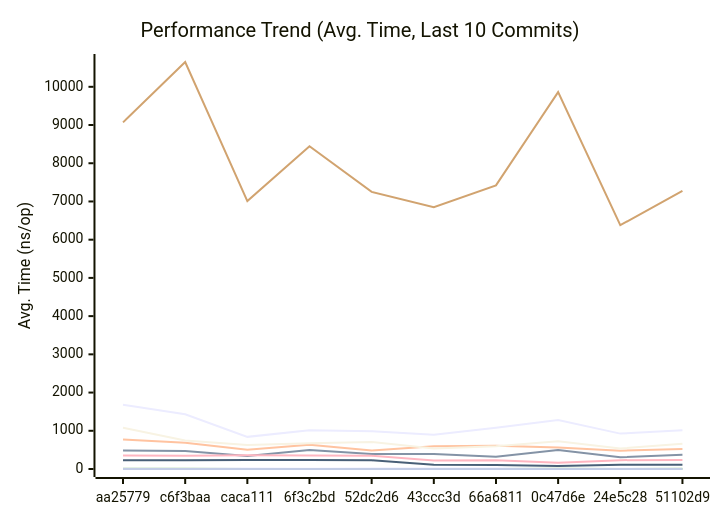
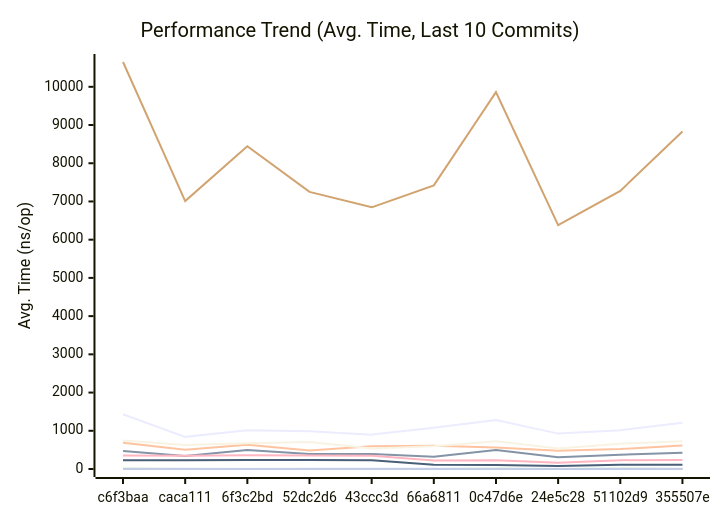
One commit to alsotoes/momo changed the first of 3 diagrams in docs/PERFORMANCE.md. Above: the diagram before and after it, drawn with Mermaid. The commit also changed other lines of this file and 3 other files, not shown here.

````diff
--- a/docs/PERFORMANCE.md
+++ b/docs/PERFORMANCE.md
@@ -128,18 +128,18 @@
 ```mermaid
 xychart-beta
     title "Performance Trend (Avg. Time, Last 10 Commits)"
     x-axis "Commit"
     y-axis "Avg. Time (ns/op)"
-    x-axis [aa25779,c6f3baa,caca111,6f3c2bd,52dc2d6,43ccc3d,66a6811,0c47d6e,24e5c28,51102d9]
-    line "CheckMetricsAndSwap" [17,12,10,9,10,11,13,13,9,12]
-    line "CrushOptimized" [481,472,342,495,390,390,319,494,306,375]
-    line "CrushOriginal" [771,688,503,637,485,595,606,560,480,523]
-    line "IndexDirectTracking" [0,1,0,0,0,0,0,1,0,0]
-    line "IndexSearch" [4,4,3,3,3,3,3,4,3,4]
-    line "LoadGlobalConfig" [9070,10649,7011,8444,7250,6847,7422,9861,6379,7276]
-    line "PadString" [3,3,2,3,3,3,3,3,3,2]
+    x-axis [c6f3baa,caca111,6f3c2bd,52dc2d6,43ccc3d,66a6811,0c47d6e,24e5c28,51102d9,355507e]
+    line "CheckMetricsAndSwap" [12,10,9,10,11,13,13,9,12,13]
+    line "CrushOptimized" [472,342,495,390,390,319,494,306,375,422]
+    line "CrushOriginal" [688,503,637,485,595,606,560,480,523,612]
+    line "IndexDirectTracking" [1,0,0,0,0,0,1,0,0,1]
+    line "IndexSearch" [4,3,3,3,3,3,4,3,4,3]
+    line "LoadGlobalConfig" [10649,7011,8444,7250,6847,7422,9861,6379,7276,8830]
+    line "PadString" [3,2,3,3,3,3,3,3,2,3]
     line "ParseReplicationOrder_NoPrealloc" [350,349,357,354,345,225,229,165,232,234]
     line "ParseReplicationOrder_Prealloc" [229,231,237,234,229,108,107,80,110,109]
-    line "SanitizeLog/Safe" [1080,747,628,673,708,538,598,725,535,663]
-    line "SanitizeLog/Unsafe" [1679,1432,841,1013,990,899,1078,1279,926,1017]
+    line "SanitizeLog/Safe" [747,628,673,708,538,598,725,535,663,724]
+    line "SanitizeLog/Unsafe" [1432,841,1013,990,899,1078,1279,926,1017,1209]
 ```
````
